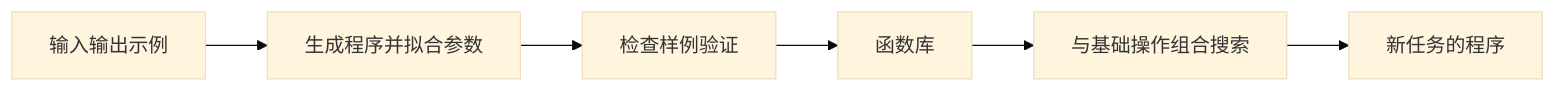
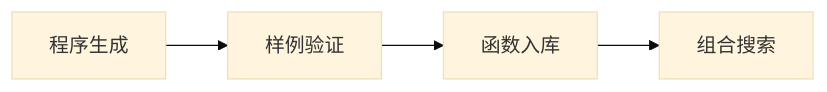
One commit to nijinhai/reusable-program-library changed the diagram in README.md. Above: the diagram before and after it, drawn with Mermaid (base theme). The commit also changed other lines of this file and 1 other file, not shown here.

````diff
--- a/README.md
+++ b/README.md
@@ -43,8 +11,6 @@
 ```mermaid
 flowchart LR
-    A[输入输出示例] --> B[生成程序并拟合参数]
-    B --> C[检查样例验证]
-    C --> D[函数库]
-    D --> E[与基础操作组合搜索]
-    E --> F[新任务的程序]
+    A[程序生成] --> B[样例验证]
+    B --> C[函数入库]
+    C --> D[组合搜索]
 ```
````
